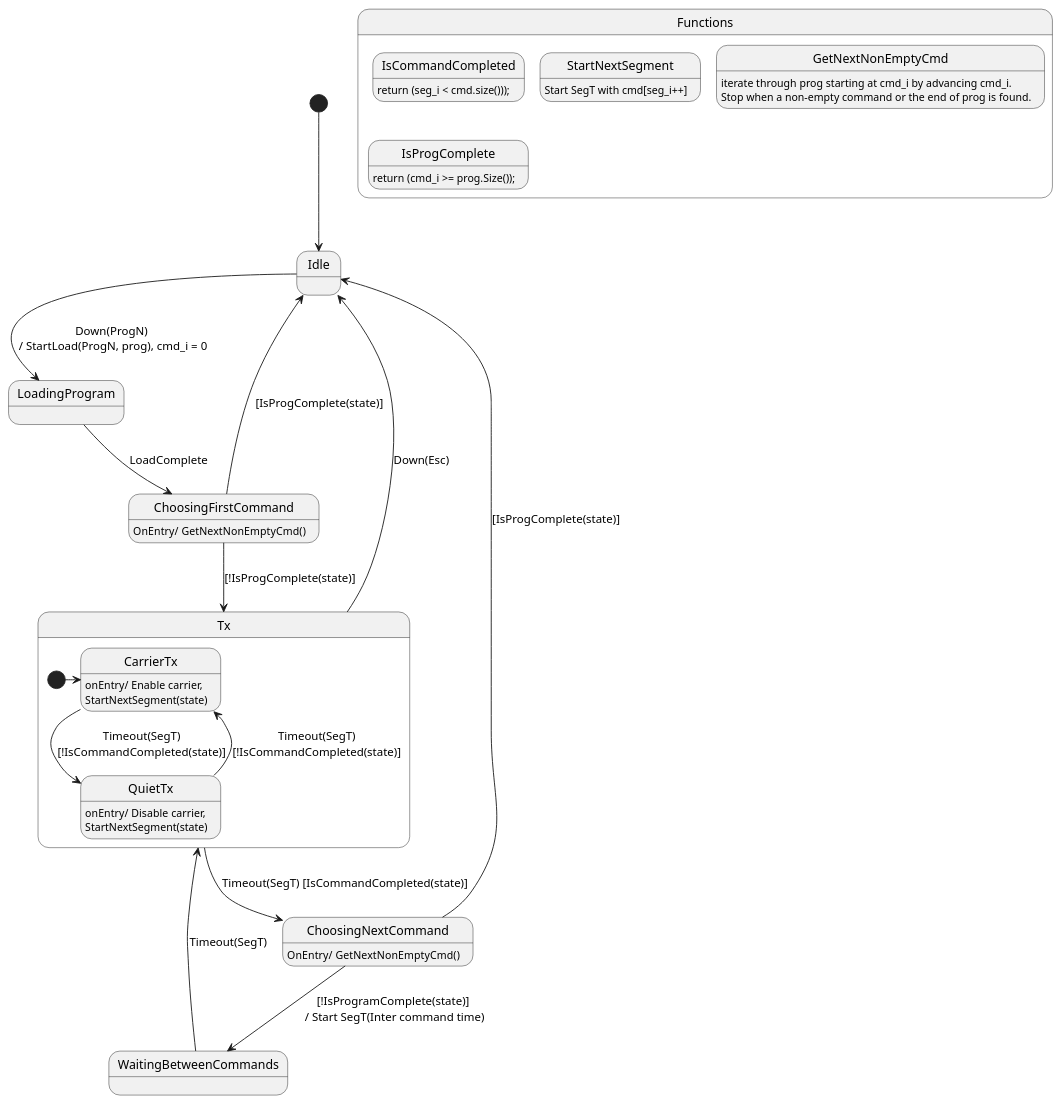
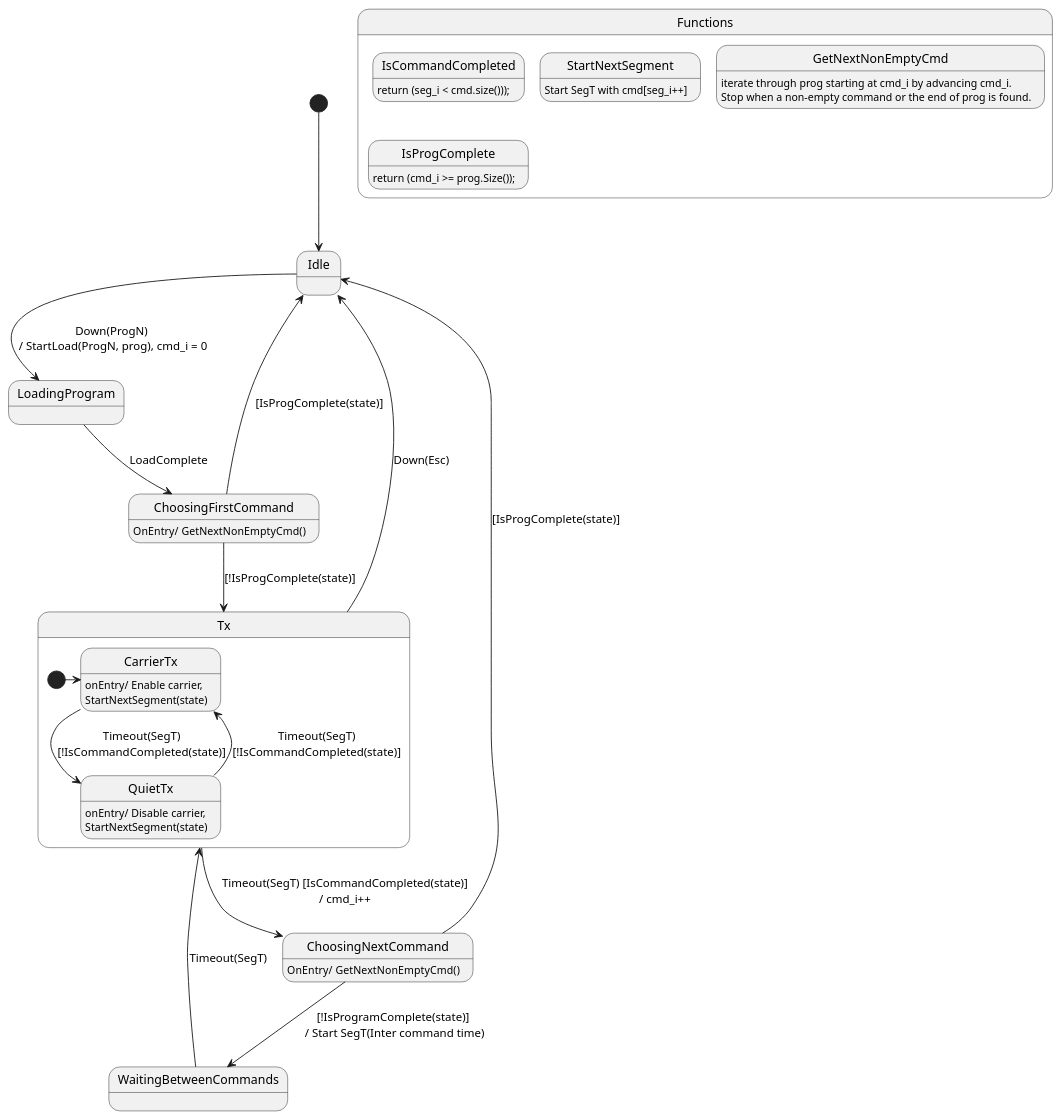
The diagram in doc/states_tx.puml (arqubusier/programmable-remote), drawn with PlantUML before and after one commit. The commit also changed 2 other files, not shown here.

```diff
--- a/doc/states_tx.puml
+++ b/doc/states_tx.puml
@@ -1,32 +1,32 @@
 @startuml
 [*] --> Idle
 Idle --> LoadingProgram : Down(ProgN) \n/ StartLoad(ProgN, prog), cmd_i = 0
 LoadingProgram --> ChoosingFirstCommand : LoadComplete
 ChoosingFirstCommand : OnEntry/  GetNextNonEmptyCmd()
 ChoosingFirstCommand --> Idle : [IsProgComplete(state)]
 ChoosingFirstCommand --> Tx : [!IsProgComplete(state)]
 ChoosingNextCommand : OnEntry/  GetNextNonEmptyCmd()
 ChoosingNextCommand --> Idle : [IsProgComplete(state)]
 ChoosingNextCommand --> WaitingBetweenCommands : [!IsProgramComplete(state)] \n/ Start SegT(Inter command time)
 WaitingBetweenCommands  --> Tx : Timeout(SegT)
 
 State Tx {
 [*] -> CarrierTx
 CarrierTx --> QuietTx : Timeout(SegT)\n[!IsCommandCompleted(state)]
 CarrierTx : onEntry/ Enable carrier,\nStartNextSegment(state)
 QuietTx --> CarrierTx : Timeout(SegT)\n[!IsCommandCompleted(state)]
 QuietTx : onEntry/ Disable carrier,\nStartNextSegment(state)
 }
-Tx --> ChoosingNextCommand : Timeout(SegT) [IsCommandCompleted(state)]
+Tx --> ChoosingNextCommand : Timeout(SegT) [IsCommandCompleted(state)]\n/ cmd_i++
 Tx --> Idle : Down(Esc)
 
 State Functions {
 IsCommandCompleted: return (seg_i < cmd.size()));
 IsCommandCompleted -[hidden]-> IsProgComplete
 IsProgComplete: return (cmd_i >= prog.Size());
 StartNextSegment: Start SegT with cmd[seg_i++]
 GetNextNonEmptyCmd: iterate through prog starting at cmd_i by advancing cmd_i.\nStop when a non-empty command or the end of prog is found.
 }
 
 
 @enduml
```
